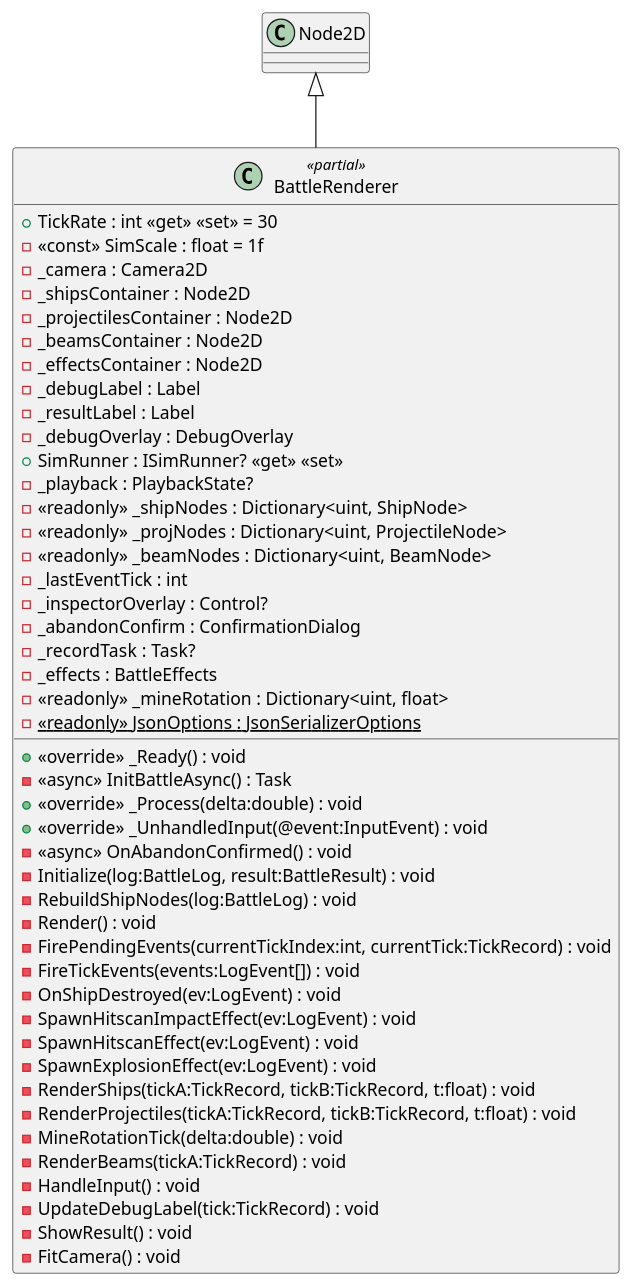
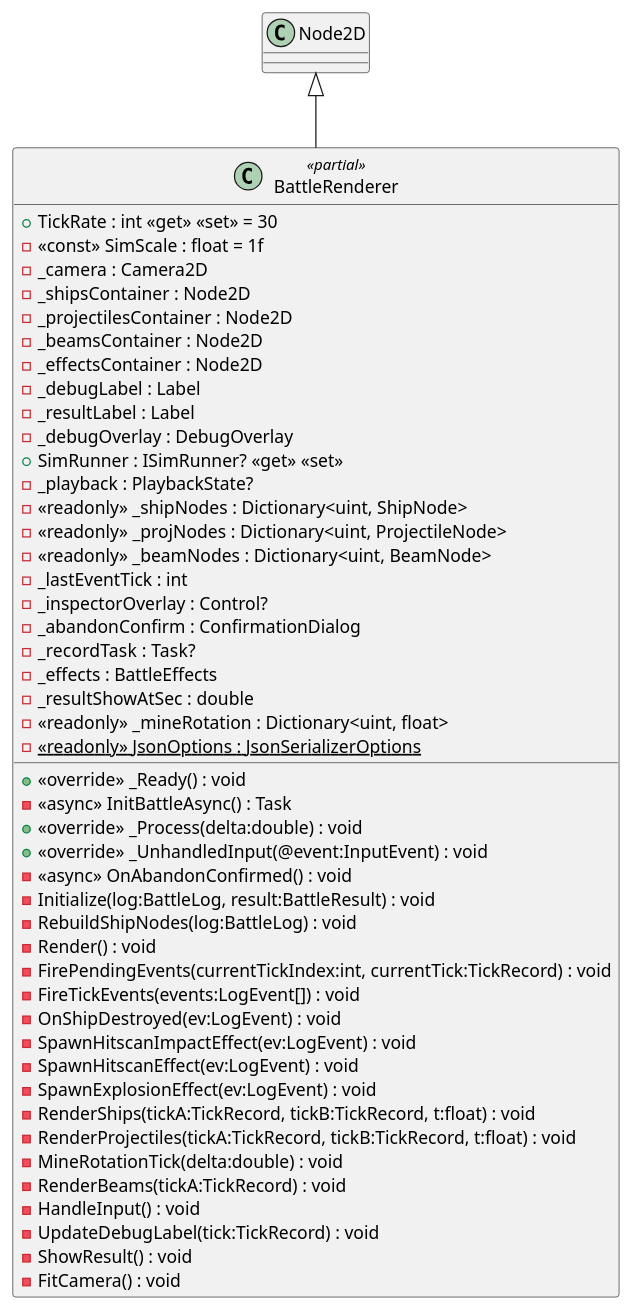
The diagram in diagrams/csharp/client/src/rendering/BattleRenderer.puml (Tai-trinh/skock), drawn with PlantUML before and after one commit. The commit also changed 30 other files, not shown here.

```diff
--- a/diagrams/csharp/client/src/rendering/BattleRenderer.puml
+++ b/diagrams/csharp/client/src/rendering/BattleRenderer.puml
@@ -1,49 +1,50 @@
 @startuml
 class BattleRenderer <<partial>> {
     + TickRate : int <<get>> <<set>> = 30
     - <<const>> SimScale : float = 1f
     - _camera : Camera2D
     - _shipsContainer : Node2D
     - _projectilesContainer : Node2D
     - _beamsContainer : Node2D
     - _effectsContainer : Node2D
     - _debugLabel : Label
     - _resultLabel : Label
     - _debugOverlay : DebugOverlay
     + SimRunner : ISimRunner? <<get>> <<set>>
     - _playback : PlaybackState?
     - <<readonly>> _shipNodes : Dictionary<uint, ShipNode>
     - <<readonly>> _projNodes : Dictionary<uint, ProjectileNode>
     - <<readonly>> _beamNodes : Dictionary<uint, BeamNode>
     - _lastEventTick : int
     - _inspectorOverlay : Control?
     - _abandonConfirm : ConfirmationDialog
     - _recordTask : Task?
     - _effects : BattleEffects
+    - _resultShowAtSec : double
     - <<readonly>> _mineRotation : Dictionary<uint, float>
     - {static} <<readonly>> JsonOptions : JsonSerializerOptions
     + <<override>> _Ready() : void
     - <<async>> InitBattleAsync() : Task
     + <<override>> _Process(delta:double) : void
     + <<override>> _UnhandledInput(@event:InputEvent) : void
     - <<async>> OnAbandonConfirmed() : void
     - Initialize(log:BattleLog, result:BattleResult) : void
     - RebuildShipNodes(log:BattleLog) : void
     - Render() : void
     - FirePendingEvents(currentTickIndex:int, currentTick:TickRecord) : void
     - FireTickEvents(events:LogEvent[]) : void
     - OnShipDestroyed(ev:LogEvent) : void
     - SpawnHitscanImpactEffect(ev:LogEvent) : void
     - SpawnHitscanEffect(ev:LogEvent) : void
     - SpawnExplosionEffect(ev:LogEvent) : void
     - RenderShips(tickA:TickRecord, tickB:TickRecord, t:float) : void
     - RenderProjectiles(tickA:TickRecord, tickB:TickRecord, t:float) : void
     - MineRotationTick(delta:double) : void
     - RenderBeams(tickA:TickRecord) : void
     - HandleInput() : void
     - UpdateDebugLabel(tick:TickRecord) : void
     - ShowResult() : void
     - FitCamera() : void
 }
 Node2D <|-- BattleRenderer
 @enduml
```
